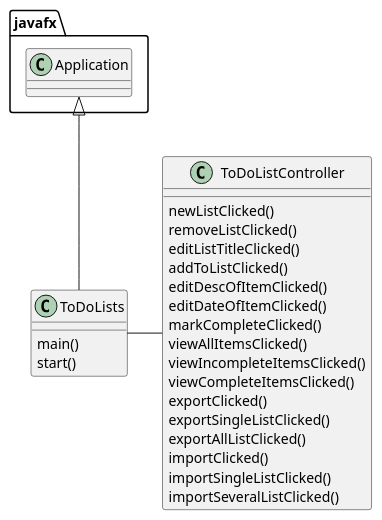
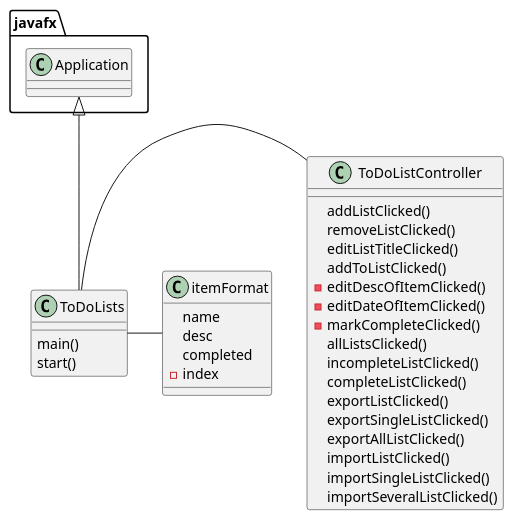
One commit to TroyBaggs314/baggs--cop3330-assignment4 changed the diagram in uml/Class Diagram.puml. Above: the diagram before and after it, drawn with PlantUML. The commit also changed 4 other files, not shown here.

```diff
--- a/uml/Class Diagram.puml
+++ b/uml/Class Diagram.puml
@@ -1,34 +1,43 @@
 @startuml
 'https://plantuml.com/sequence-diagram
 
 
 class ToDoLists
 {
     main()
     start()
 }
 
 class ToDoListController
 {
-    newListClicked()
+    addListClicked()
     removeListClicked()
     editListTitleClicked()
     addToListClicked()
-    editDescOfItemClicked()
-    editDateOfItemClicked()
-    markCompleteClicked()
-    viewAllItemsClicked()
-    viewIncompleteItemsClicked()
-    viewCompleteItemsClicked()
-    exportClicked()
+    -editDescOfItemClicked()
+    -editDateOfItemClicked()
+    -markCompleteClicked()
+    allListsClicked()
+    incompleteListClicked()
+    completeListClicked()
+    exportListClicked()
     exportSingleListClicked()
     exportAllListClicked()
-    importClicked()
+    importListClicked()
     importSingleListClicked()
     importSeveralListClicked()
 }
 
+class itemFormat
+{
+    name
+    desc
+    completed
+    -index
+}
+
 javafx.Application <|-- ToDoLists
 ToDoLists - ToDoListController
+ToDoLists - itemFormat
 
 @enduml
```
